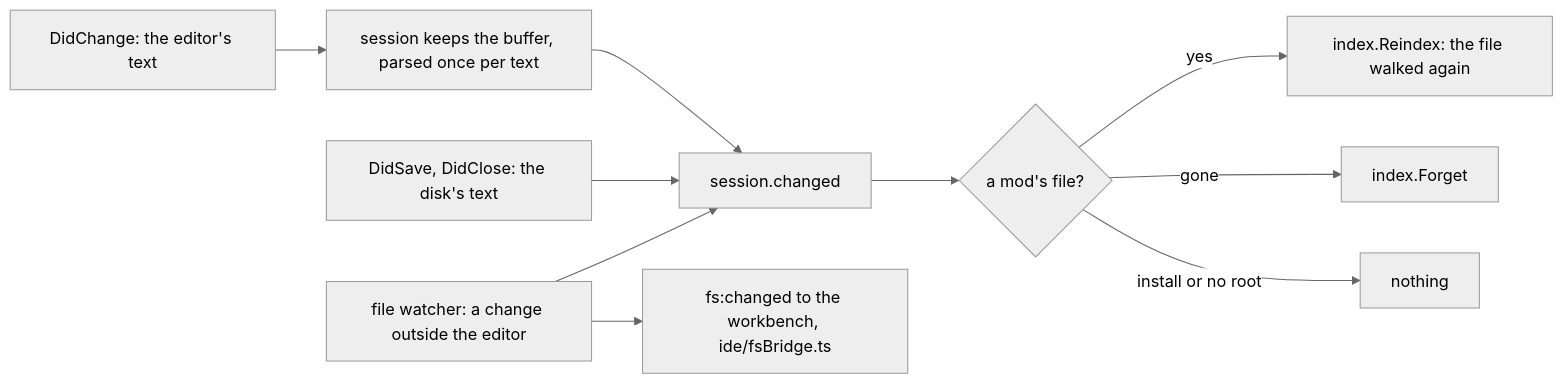
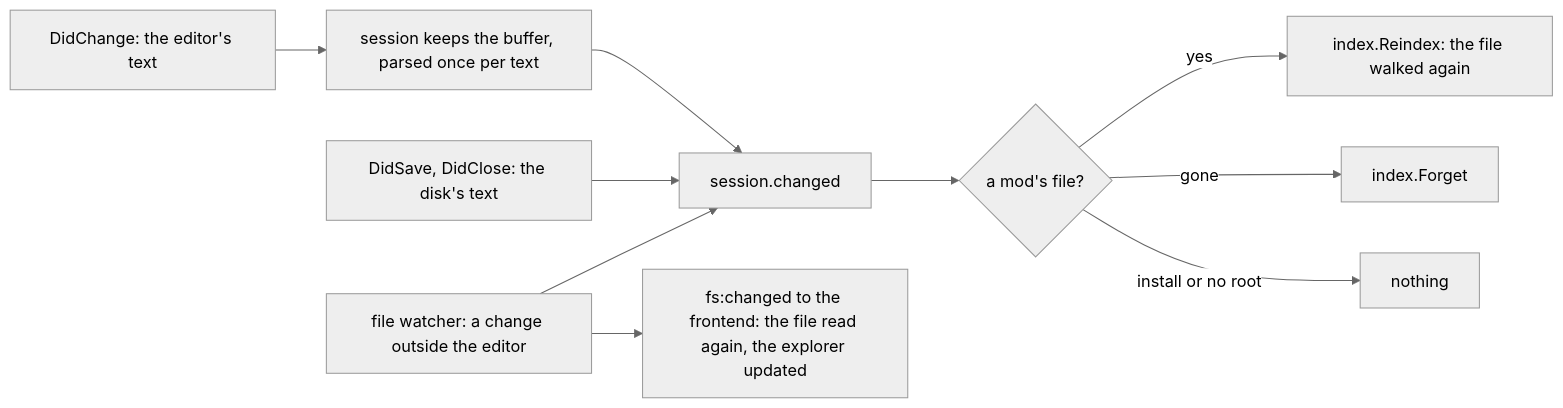
The fourth of 4 diagrams in services/README.md (idodavis/paradox-modding-tools), drawn with Mermaid (neutral theme) before and after one commit. The commit also changed other lines of this file and 83 other files, not shown here.

````diff
--- a/services/README.md
+++ b/services/README.md
@@ -148,12 +148,12 @@
 ```mermaid
 flowchart LR
   A[DidChange: the editor's text] --> B[session keeps the buffer, parsed once per text]
   B --> D
   C[DidSave, DidClose: the disk's text] --> D
   W[file watcher: a change outside the editor] --> D[session.changed]
-  W --> X[fs:changed to the workbench, ide/fsBridge.ts]
+  W --> X[fs:changed to the frontend: the file read again, the explorer updated]
   D --> E{a mod's file?}
   E -- yes --> F[index.Reindex: the file walked again]
   E -- gone --> G[index.Forget]
   E -- install or no root --> H[nothing]
 ```
````
